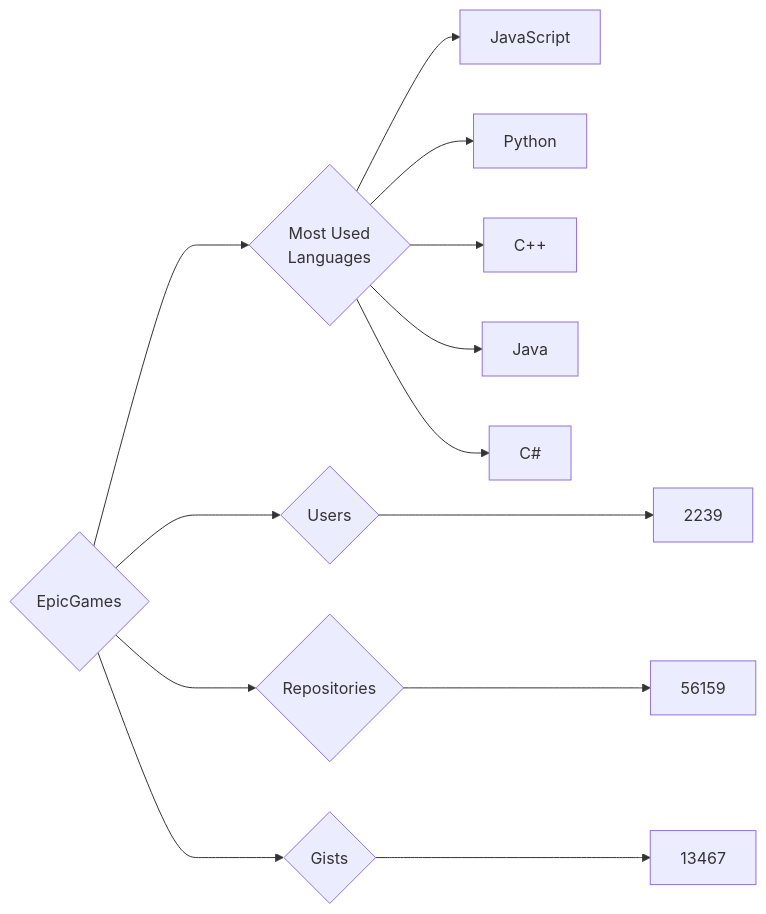
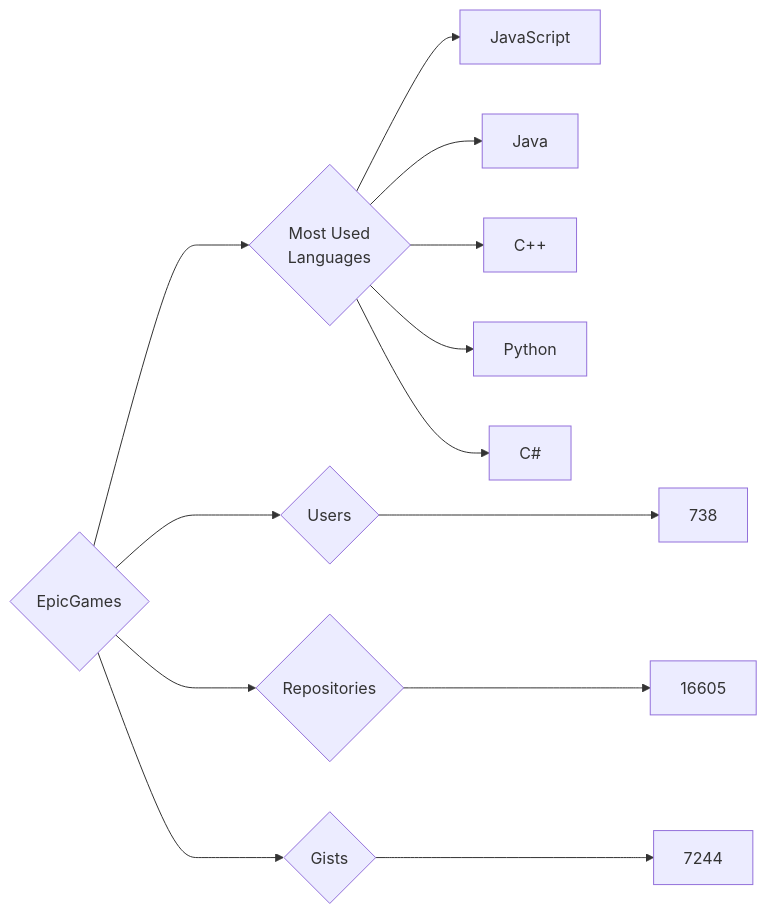
Before and after one commit to trickest/insiders: the diagram in targets/EpicGames/README.md, drawn with Mermaid. The commit also changed 444 other files, not shown here.

````diff
--- a/targets/EpicGames/README.md
+++ b/targets/EpicGames/README.md
@@ -3,13 +3,13 @@
 ```mermaid
 graph LR
 COMPANY_NAME{EpicGames}
-COMPANY_NAME ---> U{Users} ---> UN[2239]
-COMPANY_NAME ---> R{Repositories} ---> RN[56159]
-COMPANY_NAME ---> G{Gists} ---> GN[13467]
+COMPANY_NAME ---> U{Users} ---> UN[738]
+COMPANY_NAME ---> R{Repositories} ---> RN[16605]
+COMPANY_NAME ---> G{Gists} ---> GN[7244]
 COMPANY_NAME ---> ML{Most Used<br>Languages}
 ML --> JavaScript[JavaScript]
+ML --> Java[Java]
+ML --> C++[C++]
 ML --> Python[Python]
-ML --> C++[C++]
-ML --> Java[Java]
 ML --> C#[C#]
 ```
````
